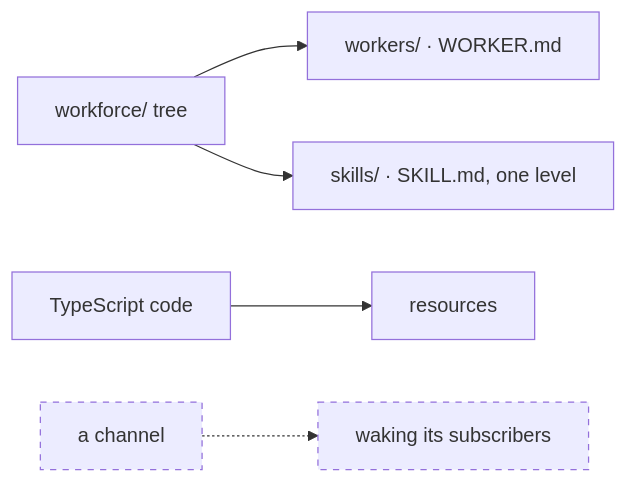
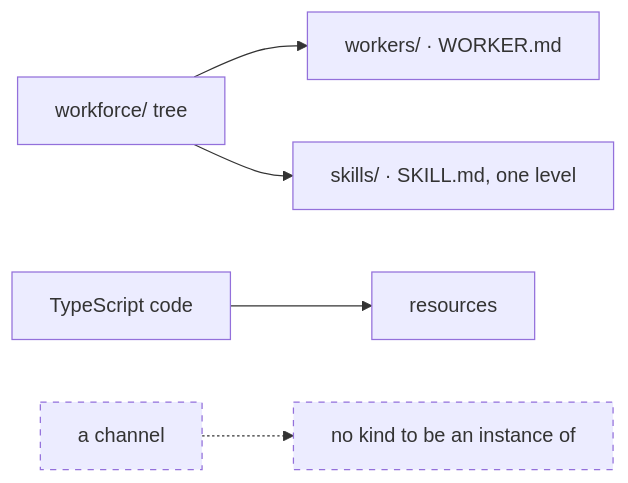
Before and after one commit to fixpoint-labs/flow-state-dev: the first of 3 diagrams in spec/_epics/file-convention-surface.explainer.md, drawn with Mermaid. The commit also changed other lines of this file and 1 other file, not shown here.

First line of the commit message:
spec(epic): ChannelFlow replaces Message Board on the W3 floor (FIX-1351)

````diff
--- a/spec/_epics/file-convention-surface.explainer.md
+++ b/spec/_epics/file-convention-surface.explainer.md
@@ -11,10 +11,10 @@
 ```mermaid
 flowchart LR
   TREE["workforce/ tree"] --> W["workers/ · WORKER.md"]
   TREE --> SK["skills/ · SKILL.md, one level"]
   CODE["TypeScript code"] --> RES["resources"]
   CH["a channel"]
-  CH -.-> BOARD["waking its subscribers"]
+  CH -.-> KIND["no kind to be an instance of"]
   classDef none stroke-dasharray:5 5
-  class CH,BOARD none
+  class CH,KIND none
 ```
````
